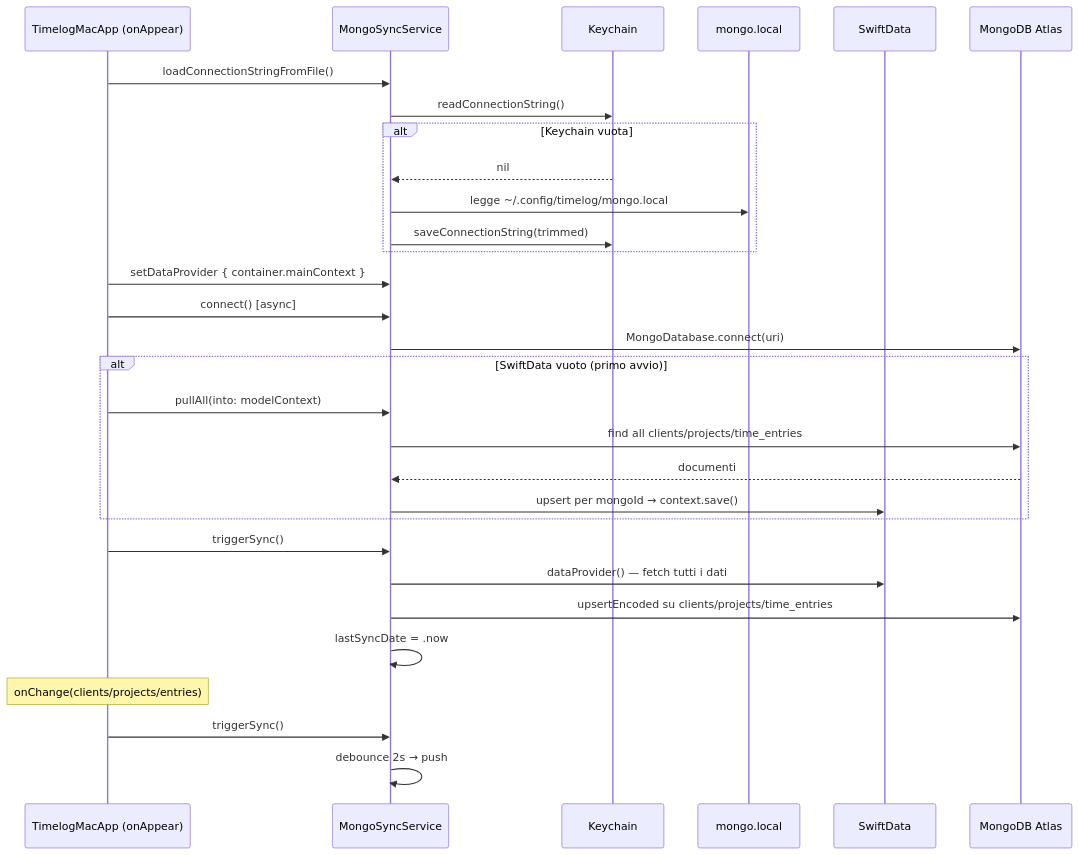
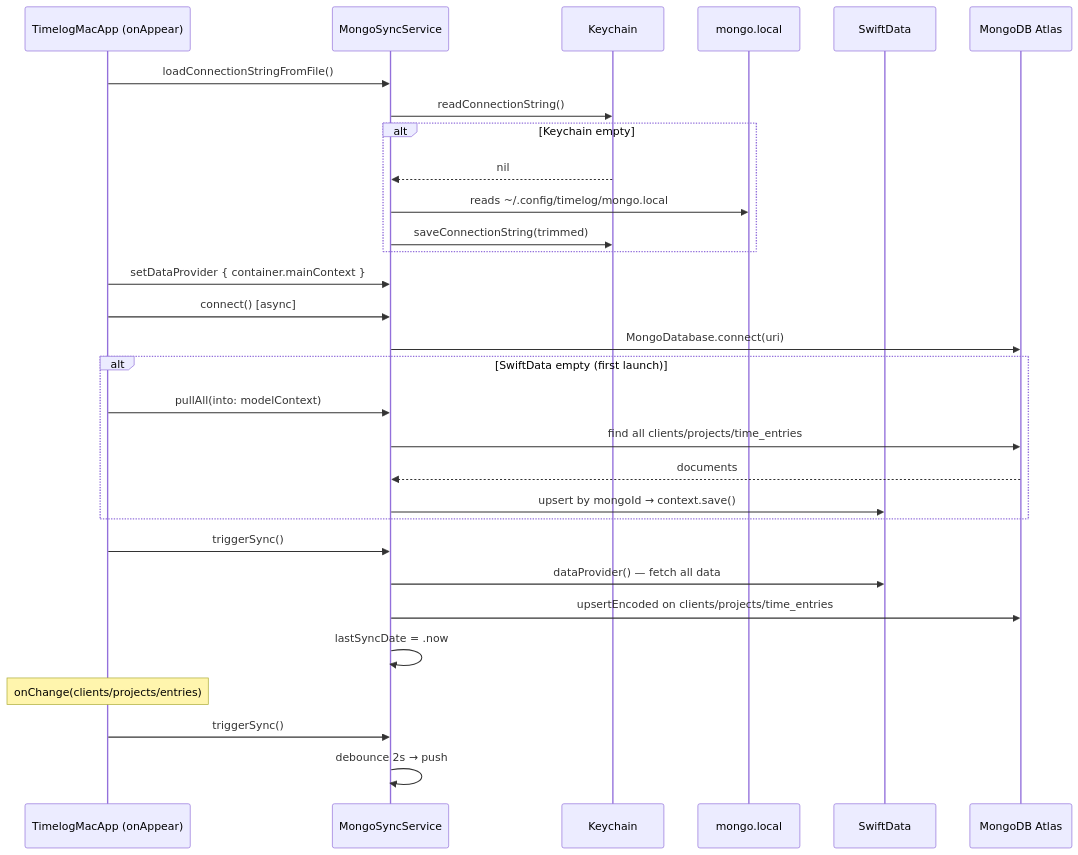
One commit to albertobarrago/timelog changed the fourth of 10 diagrams in docs/03-flussi.md. Above: the diagram before and after it, drawn with Mermaid. The commit also changed other lines of this file and 12 other files, not shown here.

````diff
--- a/docs/03-flussi.md
+++ b/docs/03-flussi.md
@@ -91,37 +91,37 @@
 ```mermaid
 sequenceDiagram
     participant App as TimelogMacApp (onAppear)
     participant MSS as MongoSyncService
     participant KCH as Keychain
     participant File as mongo.local
     participant SD as SwiftData
     participant MDB as MongoDB Atlas
 
     App->>MSS: loadConnectionStringFromFile()
     MSS->>KCH: readConnectionString()
-    alt Keychain vuota
+    alt Keychain empty
         KCH-->>MSS: nil
-        MSS->>File: legge ~/.config/timelog/mongo.local
+        MSS->>File: reads ~/.config/timelog/mongo.local
         MSS->>KCH: saveConnectionString(trimmed)
     end
 
     App->>MSS: setDataProvider { container.mainContext }
     App->>MSS: connect() [async]
     MSS->>MDB: MongoDatabase.connect(uri)
 
-    alt SwiftData vuoto (primo avvio)
+    alt SwiftData empty (first launch)
         App->>MSS: pullAll(into: modelContext)
         MSS->>MDB: find all clients/projects/time_entries
-        MDB-->>MSS: documenti
-        MSS->>SD: upsert per mongoId → context.save()
+        MDB-->>MSS: documents
+        MSS->>SD: upsert by mongoId → context.save()
     end
 
     App->>MSS: triggerSync()
-    MSS->>SD: dataProvider() — fetch tutti i dati
-    MSS->>MDB: upsertEncoded su clients/projects/time_entries
+    MSS->>SD: dataProvider() — fetch all data
+    MSS->>MDB: upsertEncoded on clients/projects/time_entries
     MSS->>MSS: lastSyncDate = .now
 
     Note over App: onChange(clients/projects/entries)
     App->>MSS: triggerSync()
     MSS->>MSS: debounce 2s → push
 ```
````
